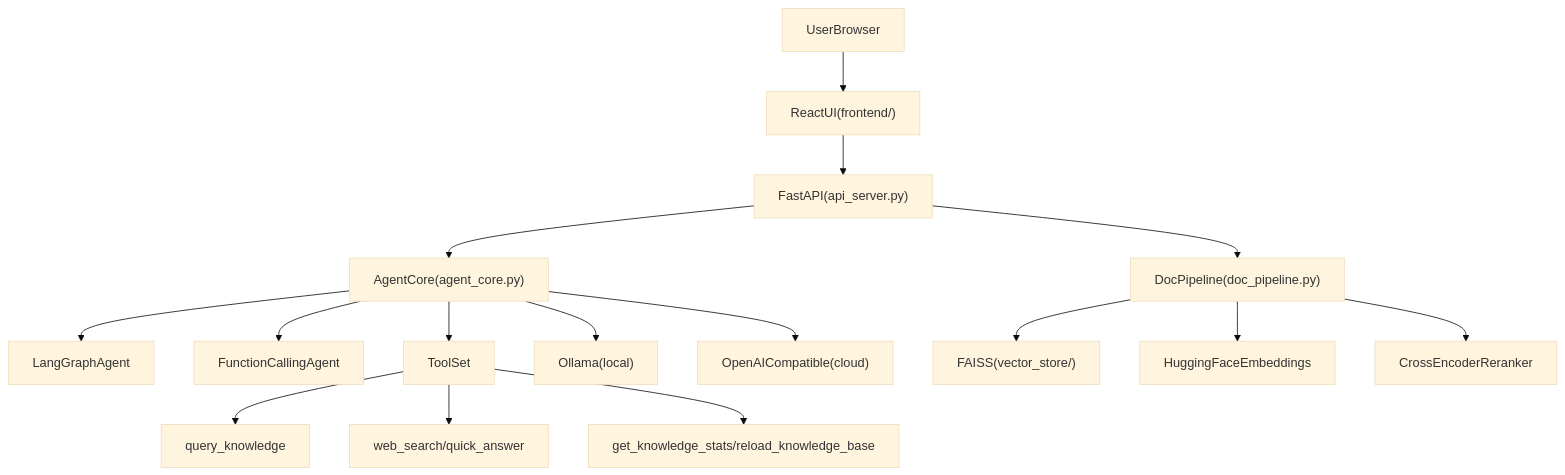
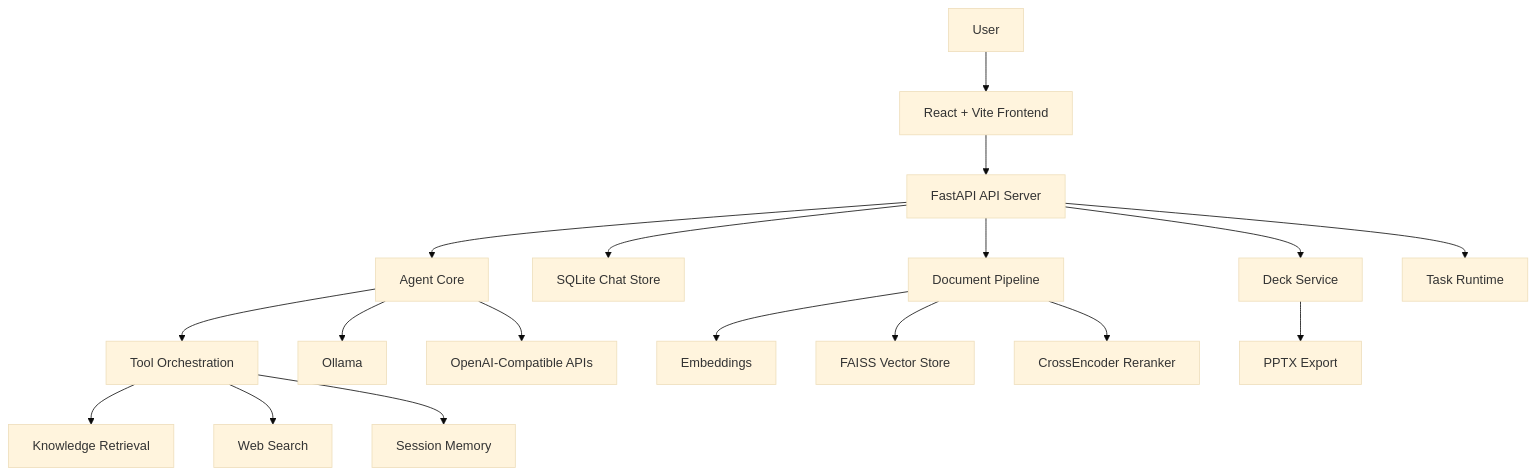
The diagram in README.md (mzx866290-create/InsightDesk), drawn with Mermaid (base theme) before and after one commit. The commit also changed other lines of this file and 23 other files, not shown here.

Commit message:
Consolidate docs and harden knowledge base admin routes

````diff
--- a/README.md
+++ b/README.md
@@ -38,22 +79,25 @@
 ```mermaid
 flowchart TD
-    Browser["UserBrowser"] --> UI["ReactUI(frontend/)"]
-    UI --> API["FastAPI(api_server.py)"]
-    API --> Agent["AgentCore(agent_core.py)"]
-    API --> Pipeline["DocPipeline(doc_pipeline.py)"]
+    User["User"] --> Frontend["React + Vite Frontend"]
+    Frontend --> API["FastAPI API Server"]
 
-    Agent --> LgMode["LangGraphAgent"]
-    Agent --> FcMode["FunctionCallingAgent"]
-    Agent --> Tools["ToolSet"]
+    API --> Agent["Agent Core"]
+    API --> ChatStore["SQLite Chat Store"]
+    API --> Pipeline["Document Pipeline"]
+    API --> Deck["Deck Service"]
+    API --> Tasks["Task Runtime"]
 
-    Tools --> KB["query_knowledge"]
-    Tools --> Search["web_search/quick_answer"]
-    Tools --> Stats["get_knowledge_stats/reload_knowledge_base"]
+    Agent --> Tools["Tool Orchestration"]
+    Tools --> KB["Knowledge Retrieval"]
+    Tools --> Web["Web Search"]
+    Tools --> Memory["Session Memory"]
 
-    Pipeline --> VS["FAISS(vector_store/)"]
-    Pipeline --> Embed["HuggingFaceEmbeddings"]
-    Pipeline --> Rerank["CrossEncoderReranker"]
+    Pipeline --> Embed["Embeddings"]
+    Pipeline --> Vector["FAISS Vector Store"]
+    Pipeline --> Rerank["CrossEncoder Reranker"]
 
-    Agent --> LocalLLM["Ollama(local)"]
-    Agent --> CloudLLM["OpenAICompatible(cloud)"]
+    Agent --> LocalModel["Ollama"]
+    Agent --> CloudModel["OpenAI-Compatible APIs"]
+
+    Deck --> PPT["PPTX Export"]
 ```
````
